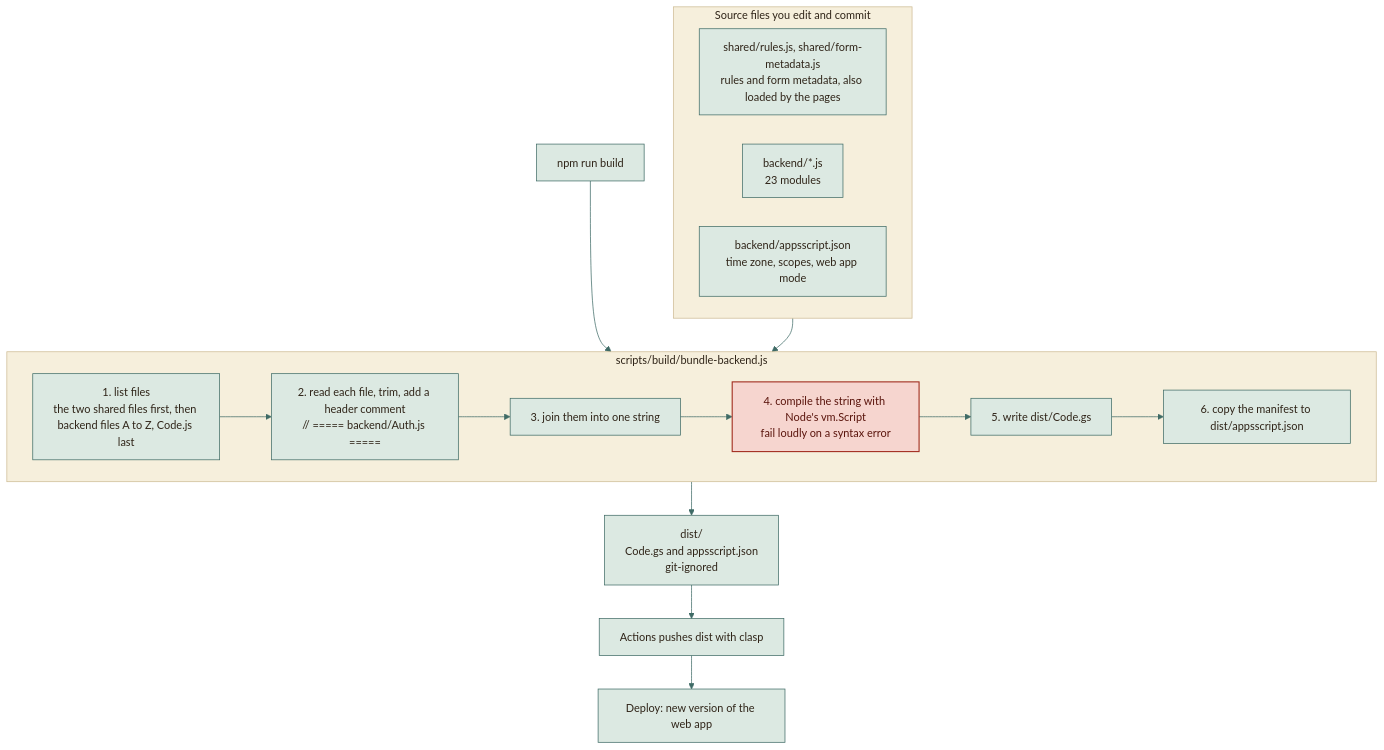
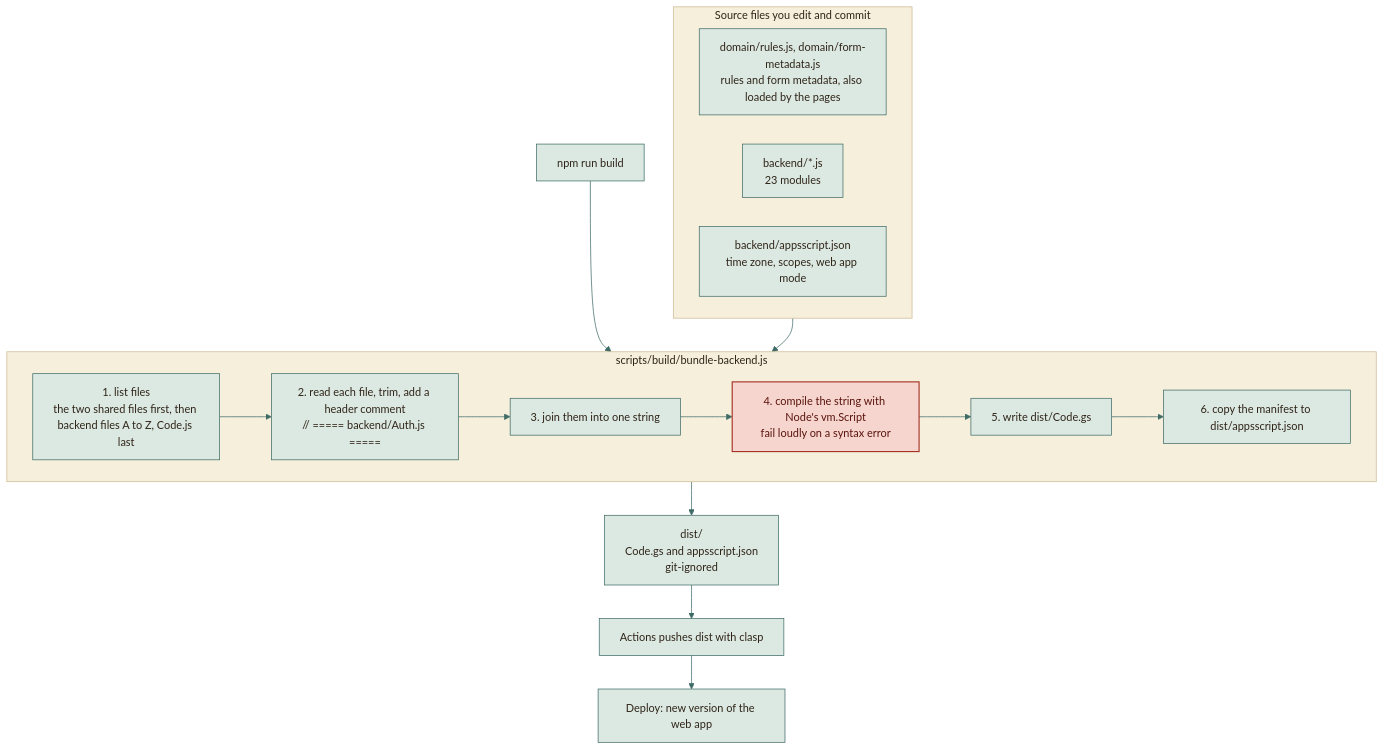
One commit to moyeh04/forms-platform changed the first of 4 diagrams in docs/architecture/BUILD-PIPELINE.md. Above: the diagram before and after it, drawn with Mermaid. The commit also changed other lines of this file and 69 other files, not shown here.

````diff
--- a/docs/architecture/BUILD-PIPELINE.md
+++ b/docs/architecture/BUILD-PIPELINE.md
@@ -32,54 +32,54 @@
 ```mermaid
 %%{init: {
   'theme': 'base',
   'themeVariables': {
     'fontFamily': 'ui-sans-serif, system-ui, -apple-system, Segoe UI, Roboto, sans-serif',
     'fontSize': '15px',
     'primaryColor': '#DCE9E2', 'primaryBorderColor': '#3F6B66', 'primaryTextColor': '#2F2418',
     'secondaryColor': '#F0E4C8', 'secondaryBorderColor': '#C9A24A', 'secondaryTextColor': '#2F2418',
     'tertiaryColor': '#F6EFDC', 'tertiaryBorderColor': '#CDBB94', 'tertiaryTextColor': '#2F2418',
     'lineColor': '#3F6B66', 'textColor': '#2F2418', 'mainBkg': '#DCE9E2', 'nodeBorder': '#3F6B66',
     'clusterBkg': '#F6EFDC', 'clusterBorder': '#CDBB94', 'titleColor': '#2F2418',
     'edgeLabelBackground': '#F8F1DD',
     'actorBkg': '#DCE9E2', 'actorBorder': '#3F6B66', 'actorTextColor': '#2F2418', 'actorLineColor': '#8FB3AB',
     'signalColor': '#477A73', 'signalTextColor': '#477A73',
     'labelBoxBkgColor': '#F0E4C8', 'labelBoxBorderColor': '#C9A24A', 'labelTextColor': '#2F2418', 'loopTextColor': '#6A5A44',
     'noteBkgColor': '#FBEFC9', 'noteBorderColor': '#C9A24A', 'noteTextColor': '#2F2418',
     'activationBkgColor': '#DCE9E2', 'activationBorderColor': '#3F6B66', 'sequenceNumberColor': '#F8F1DD',
     'transitionColor': '#3F6B66', 'stateLabelColor': '#2F2418', 'stateBkg': '#DCE9E2', 'altBackground': '#F6EFDC',
     'attributeBackgroundColorOdd': '#F8F1DD', 'attributeBackgroundColorEven': '#F0E4C8'
   },
   'flowchart': {'curve': 'basis', 'padding': 14, 'nodeSpacing': 40, 'rankSpacing': 46},
   'sequence': {'mirrorActors': false, 'messageMargin': 34, 'boxMargin': 8}
 }}%%
 flowchart TD
     subgraph sources["Source files you edit and commit"]
-        rules["shared/rules.js, shared/form-metadata.js<br/>rules and form metadata, also loaded by the pages"]
+        rules["domain/rules.js, domain/form-metadata.js<br/>rules and form metadata, also loaded by the pages"]
         gs["backend/*.js<br/>23 modules"]
         manifest["backend/appsscript.json<br/>time zone, scopes, web app mode"]
     end
 
     cmd["npm run build"] --> bundler
 
     subgraph bundler["scripts/build/bundle-backend.js"]
         s1["1. list files<br/>the two shared files first, then backend files A to Z, Code.js last"]
         s2["2. read each file, trim, add a header comment<br/>// ===== backend/Auth.js ====="]
         s3["3. join them into one string"]
         s4["4. compile the string with Node's vm.Script<br/>fail loudly on a syntax error"]
         s5["5. write dist/Code.gs"]
         s6["6. copy the manifest to dist/appsscript.json"]
         s1 --> s2 --> s3 --> s4 --> s5 --> s6
     end
 
     sources --> bundler
     bundler --> dist["dist/<br/>Code.gs and appsscript.json<br/>git-ignored"]
     dist --> push["Actions pushes dist with clasp"]
     push --> live["Deploy: new version of the web app"]
     classDef cDb fill:#F3E2B3,stroke:#B8892D,stroke-width:1.5px,color:#2F2418
     classDef cActor fill:#F4D9D3,stroke:#9A3328,stroke-width:1.5px,color:#2F2418
     classDef cDec fill:#FBEFC9,stroke:#C9A24A,stroke-width:1.5px,color:#2F2418
     classDef cEnd fill:#2F2418,stroke:#2F2418,color:#F8F1DD
     classDef cErr fill:#F6D5CF,stroke:#A12B1F,stroke-width:1.5px,color:#5A140C
     classDef cOk fill:#BFD9CF,stroke:#2E5A55,stroke-width:1.5px,color:#17302D
     class s4 cErr
 ```
````
